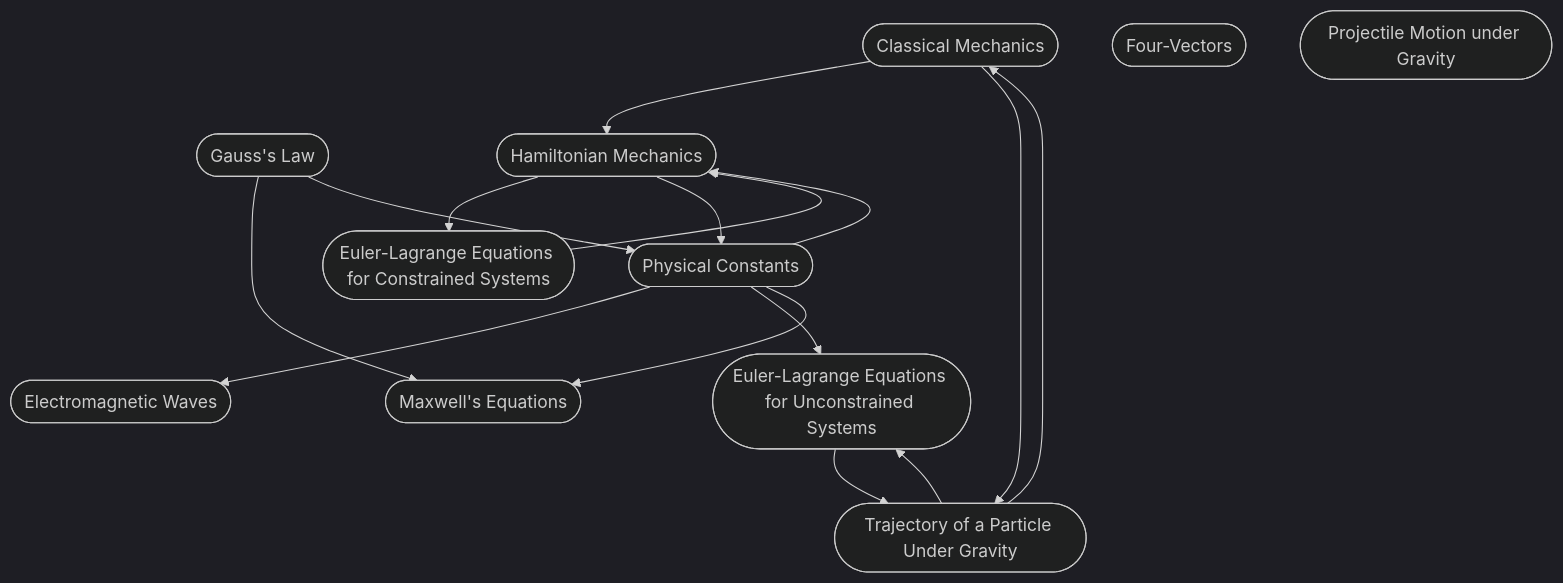
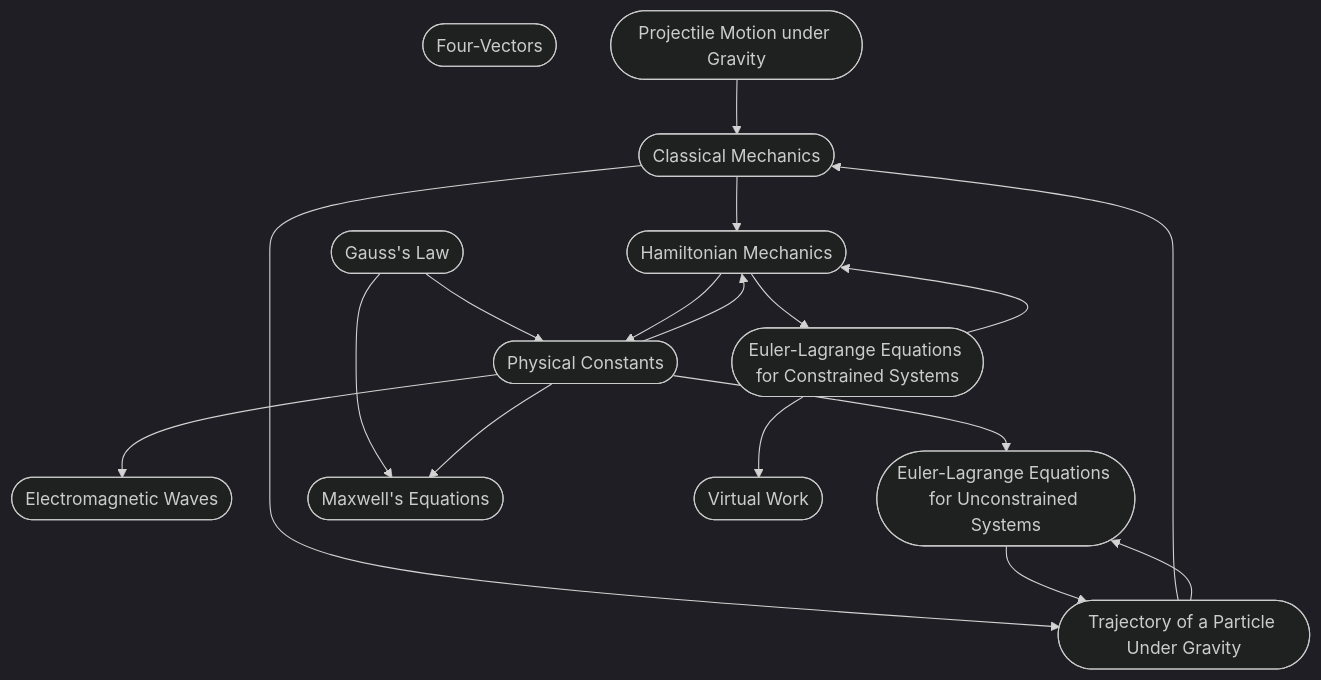
The diagram in KNOWLEDGE_GRAPH.md (Aaravshah2907/Physics-KB), drawn with Mermaid (dark theme) before and after one commit. The commit also changed 13 other files, not shown here.

Commit message:
Refine projectile-motion.md: Add a section explaining 'Air Resistance' in detail.

````diff
--- a/KNOWLEDGE_GRAPH.md
+++ b/KNOWLEDGE_GRAPH.md
@@ -3,28 +3,31 @@
 ```mermaid
 graph TD
   classical_mechanics([Classical Mechanics])
   electromagnetic_waves([Electromagnetic Waves])
   eulerlagrange_equations_for_constrained_systems([Euler-Lagrange Equations for Constrained Systems])
   eulerlagrange_equations_for_unconstrained_systems([Euler-Lagrange Equations for Unconstrained Systems])
   four_vectors([Four-Vectors])
   gauss_law([Gauss's Law])
   hamiltonian_mechanics([Hamiltonian Mechanics])
   maxwell_s_equations([Maxwell's Equations])
   physical_constants([Physical Constants])
   projectile_motion([Projectile Motion under Gravity])
   trajectory_under_gravity([Trajectory of a Particle Under Gravity])
+  virtual_work([Virtual Work])
   classical_mechanics --> hamiltonian_mechanics
   classical_mechanics --> trajectory_under_gravity
   eulerlagrange_equations_for_constrained_systems --> hamiltonian_mechanics
+  eulerlagrange_equations_for_constrained_systems --> virtual_work
   eulerlagrange_equations_for_unconstrained_systems --> trajectory_under_gravity
   gauss_law --> maxwell_s_equations
   gauss_law --> physical_constants
   hamiltonian_mechanics --> eulerlagrange_equations_for_constrained_systems
   hamiltonian_mechanics --> physical_constants
   physical_constants --> electromagnetic_waves
   physical_constants --> eulerlagrange_equations_for_unconstrained_systems
   physical_constants --> hamiltonian_mechanics
   physical_constants --> maxwell_s_equations
+  projectile_motion --> classical_mechanics
   trajectory_under_gravity --> classical_mechanics
   trajectory_under_gravity --> eulerlagrange_equations_for_unconstrained_systems
 ```
````
